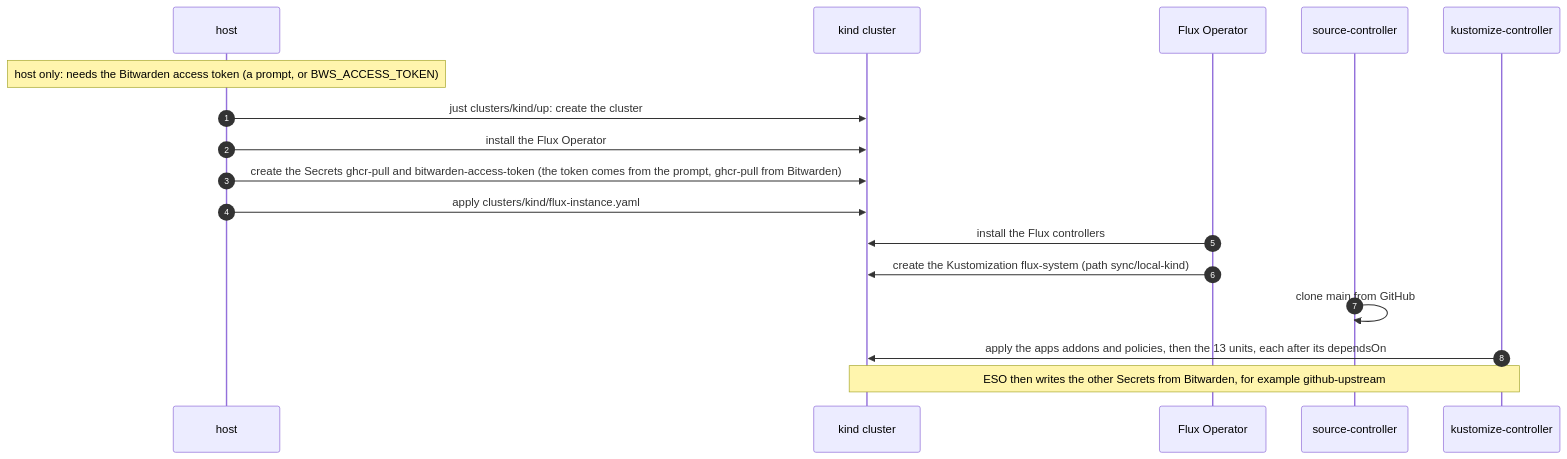
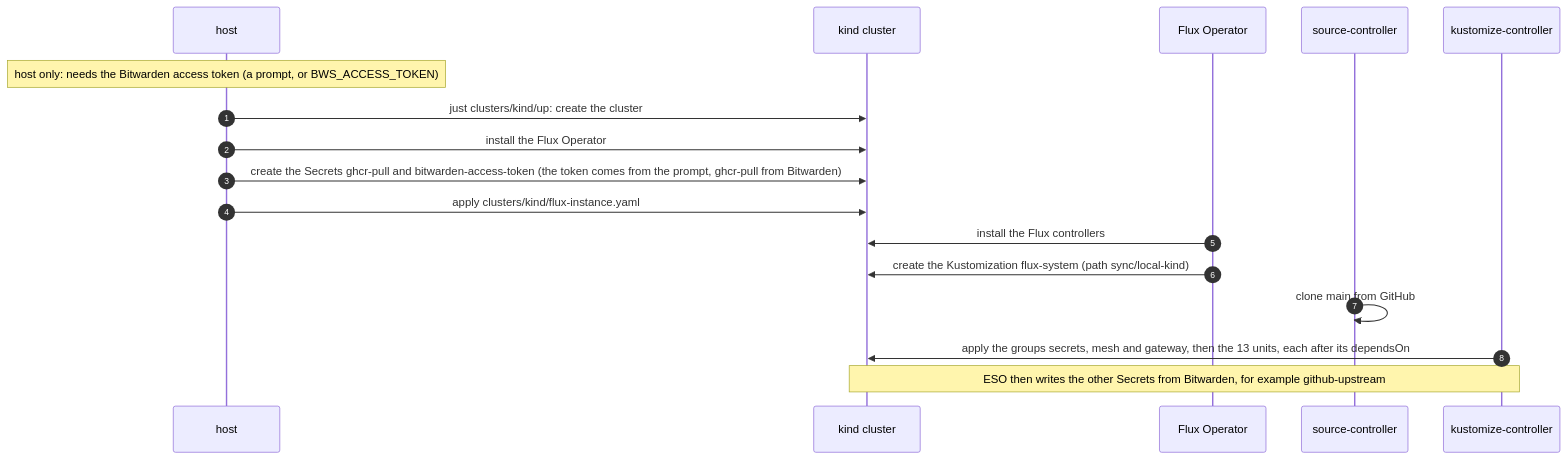
One commit to raghav19/engineersdaybook changed the first of 4 diagrams in code/mcp-sandbox/part-3-mcp-guardrails/docs/orchestration.md. Above: the diagram before and after it, drawn with Mermaid. The commit also changed other lines of this file and 35 other files, not shown here.

````diff
--- a/code/mcp-sandbox/part-3-mcp-guardrails/docs/orchestration.md
+++ b/code/mcp-sandbox/part-3-mcp-guardrails/docs/orchestration.md
@@ -51,20 +53,20 @@
 ```mermaid
 sequenceDiagram
     autonumber
     participant H as host
     participant K as kind cluster
     participant O as Flux Operator
     participant S as source-controller
     participant C as kustomize-controller
 
     Note over H: host only: needs the Bitwarden access token (a prompt, or BWS_ACCESS_TOKEN)
     H->>K: just clusters/kind/up: create the cluster
     H->>K: install the Flux Operator
     H->>K: create the Secrets ghcr-pull and bitwarden-access-token (the token comes from the prompt, ghcr-pull from Bitwarden)
     H->>K: apply clusters/kind/flux-instance.yaml
     O->>K: install the Flux controllers
     O->>K: create the Kustomization flux-system (path sync/local-kind)
     S->>S: clone main from GitHub
-    C->>K: apply the apps addons and policies, then the 13 units, each after its dependsOn
+    C->>K: apply the groups secrets, mesh and gateway, then the 13 units, each after its dependsOn
     Note over C,K: ESO then writes the other Secrets from Bitwarden, for example github-upstream
 ```
````
